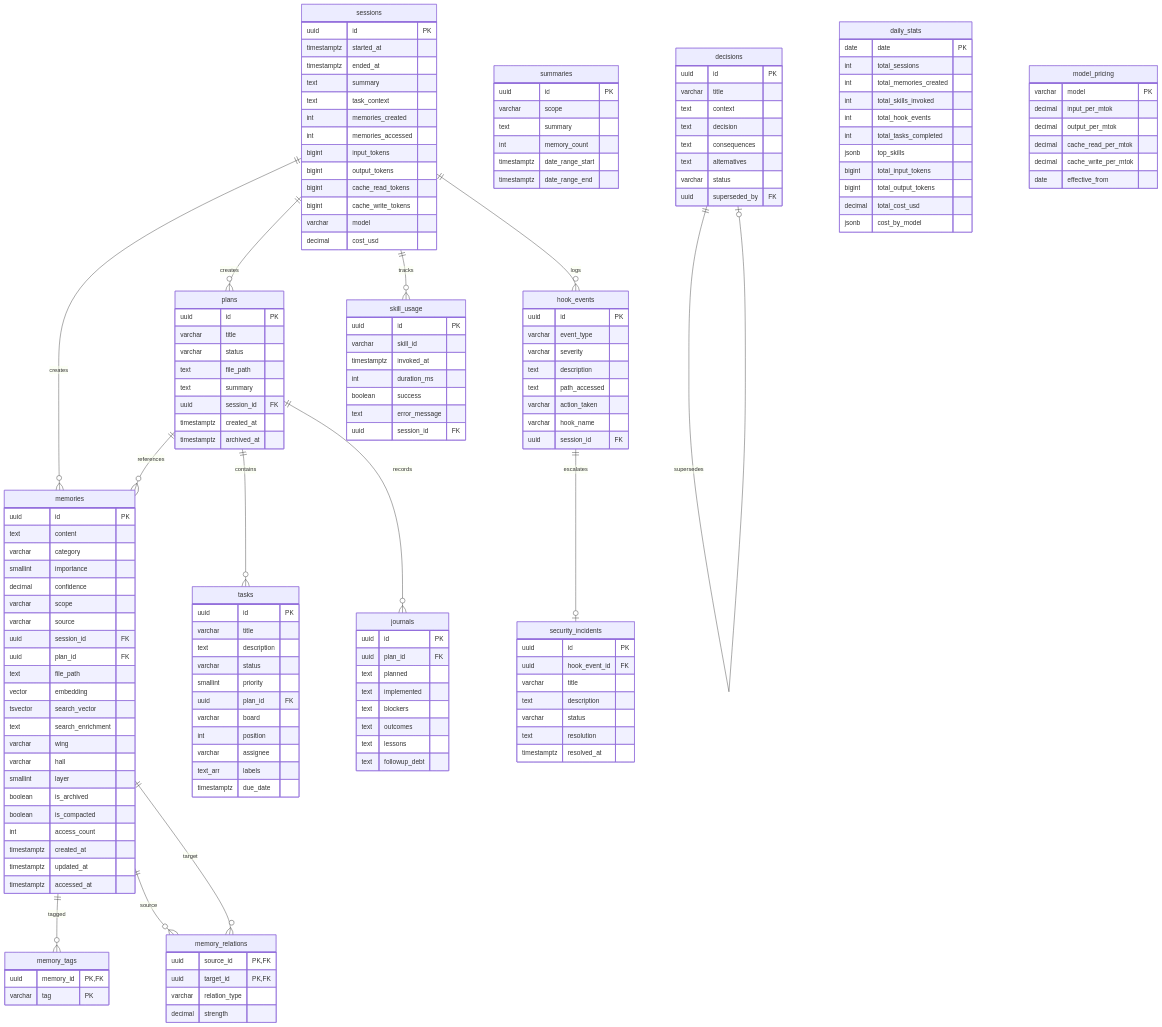
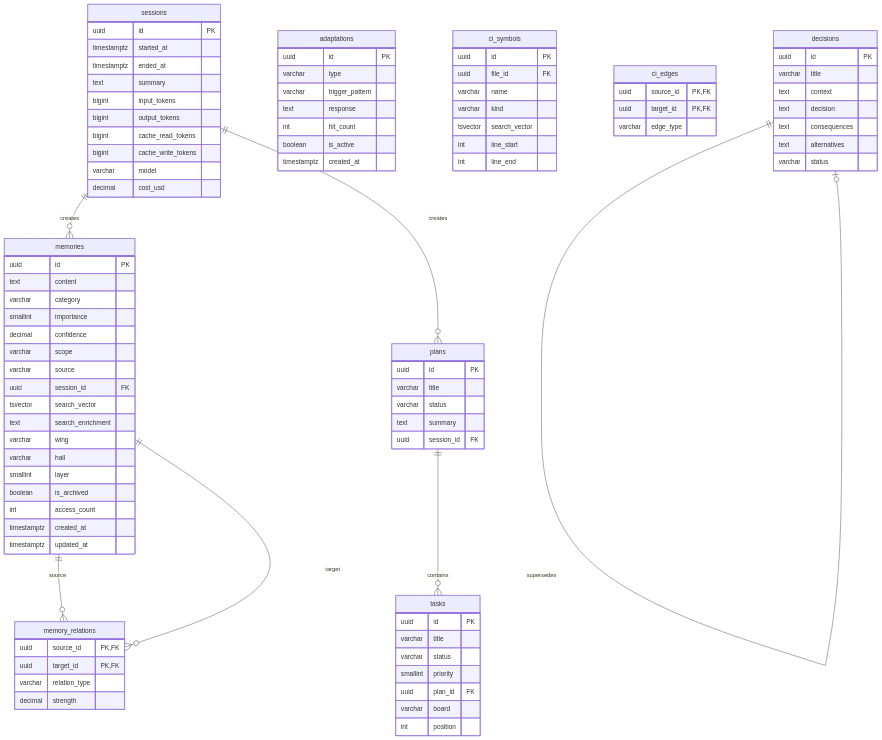
The diagram in README.md (InugamiDev/ultrathink-oss), drawn with Mermaid before and after one commit. The commit also changed other lines of this file and 494 other files, not shown here.

First line of the commit message:
sync: pull from Core 2026-05-09 — full dashboard, identity graph, decision engine

````diff
--- a/README.md
+++ b/README.md
@@ -351,9 +365,6 @@
         timestamptz started_at
         timestamptz ended_at
         text summary
-        text task_context
-        int memories_created
-        int memories_accessed
         bigint input_tokens
         bigint output_tokens
         bigint cache_read_tokens
@@ -371,25 +382,15 @@
         varchar scope
         varchar source
         uuid session_id FK
-        uuid plan_id FK
-        text file_path
-        vector embedding
         tsvector search_vector
         text search_enrichment
         varchar wing
         varchar hall
         smallint layer
         boolean is_archived
-        boolean is_compacted
         int access_count
         timestamptz created_at
         timestamptz updated_at
-        timestamptz accessed_at
-    }
-
-    memory_tags {
-        uuid memory_id PK,FK
-        varchar tag PK
     }
 
     memory_relations {
@@ -399,38 +400,30 @@
         decimal strength
     }
 
-    summaries {
+    adaptations {
         uuid id PK
-        varchar scope
-        text summary
-        int memory_count
-        timestamptz date_range_start
-        timestamptz date_range_end
+        varchar type
+        varchar trigger_pattern
+        text response
+        int hit_count
+        boolean is_active
+        timestamptz created_at
     }
 
-    plans {
+    ci_symbols {
         uuid id PK
-        varchar title
-        varchar status
-        text file_path
-        text summary
-        uuid session_id FK
-        timestamptz created_at
-        timestamptz archived_at
+        uuid file_id FK
+        varchar name
+        varchar kind
+        tsvector search_vector
+        int line_start
+        int line_end
     }
 
-    tasks {
-        uuid id PK
-        varchar title
-        text description
-        varchar status
-        smallint priority
-        uuid plan_id FK
-        varchar board
-        int position
-        varchar assignee
-        text_arr labels
-        timestamptz due_date
+    ci_edges {
+        uuid source_id PK,FK
+        uuid target_id PK,FK
+        varchar edge_type
     }
 
     decisions {
@@ -441,89 +434,30 @@
         text consequences
         text alternatives
         varchar status
-        uuid superseded_by FK
     }
 
-    journals {
+    plans {
         uuid id PK
-        uuid plan_id FK
-        text planned
-        text implemented
-        text blockers
-        text outcomes
-        text lessons
-        text followup_debt
-    }
-
-    hook_events {
-        uuid id PK
-        varchar event_type
-        varchar severity
-        text description
-        text path_accessed
-        varchar action_taken
-        varchar hook_name
+        varchar title
+        varchar status
+        text summary
         uuid session_id FK
     }
 
-    security_incidents {
+    tasks {
         uuid id PK
-        uuid hook_event_id FK
         varchar title
-        text description
         varchar status
-        text resolution
-        timestamptz resolved_at
-    }
-
-    skill_usage {
-        uuid id PK
-        varchar skill_id
-        timestamptz invoked_at
-        int duration_ms
-        boolean success
-        text error_message
-        uuid session_id FK
-    }
-
-    daily_stats {
-        date date PK
-        int total_sessions
-        int total_memories_created
-        int total_skills_invoked
-        int total_hook_events
-        int total_tasks_completed
-        jsonb top_skills
-        bigint total_input_tokens
-        bigint total_output_tokens
-        decimal total_cost_usd
-        jsonb cost_by_model
-    }
-
-    model_pricing {
-        varchar model PK
-        decimal input_per_mtok
-        decimal output_per_mtok
-        decimal cache_read_per_mtok
-        decimal cache_write_per_mtok
-        date effective_from
+        smallint priority
+        uuid plan_id FK
+        varchar board
+        int position
     }
 
     sessions ||--o{ memories : "creates"
     sessions ||--o{ plans : "creates"
-    sessions ||--o{ hook_events : "logs"
-    sessions ||--o{ skill_usage : "tracks"
-
-    memories ||--o{ memory_tags : "tagged"
     memories ||--o{ memory_relations : "source"
     memories ||--o{ memory_relations : "target"
-
     plans ||--o{ tasks : "contains"
-    plans ||--o{ journals : "records"
-    plans ||--o{ memories : "references"
-
     decisions ||--o| decisions : "supersedes"
-
-    hook_events ||--o| security_incidents : "escalates"
-
 ```
````
